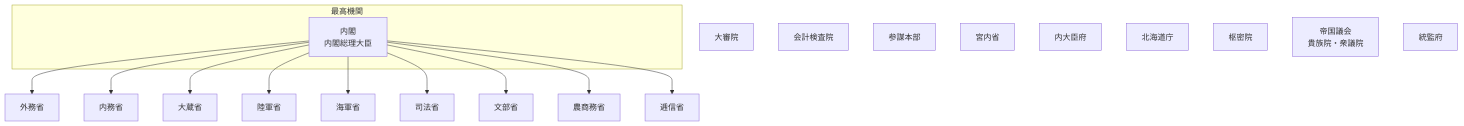
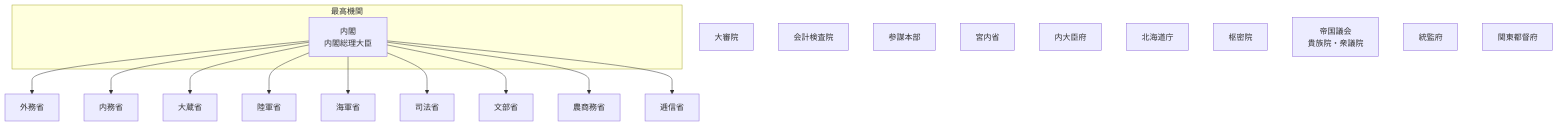
Before and after one commit to tatemaru/jp-admin-org-chart: the diagram in README.md, drawn with Mermaid. The commit also changed other lines of this file, not shown here.

First line of the commit message:
feat(関東都督府): 関東都督府を設置

````diff
--- a/README.md
+++ b/README.md
@@ -9,35 +9,36 @@
 ```mermaid
 flowchart TB
   subgraph top["最高機関"]
     Cab["内閣
 内閣総理大臣"]
   end
   Gaimu["外務省"]
   Cab --> Gaimu
   Naimu["内務省"]
   Cab --> Naimu
   Okura["大蔵省"]
   Cab --> Okura
   Rikugun["陸軍省"]
   Cab --> Rikugun
   Kaigun["海軍省"]
   Cab --> Kaigun
   Shiho["司法省"]
   Cab --> Shiho
   Mombu["文部省"]
   Cab --> Mombu
   Nosho["農商務省"]
   Cab --> Nosho
   Teishin["逓信省"]
   Cab --> Teishin
   Daishin["大審院"]
   Audit["会計検査院"]
   Sanbo["参謀本部"]
   Kunai["宮内省"]
   Naidaijin["内大臣府"]
   Hokkaido["北海道庁"]
   Privy["枢密院"]
   Diet["帝国議会
 貴族院・衆議院"]
   Tokan["統監府"]
+  Kanto["関東都督府"]
 ```
````
